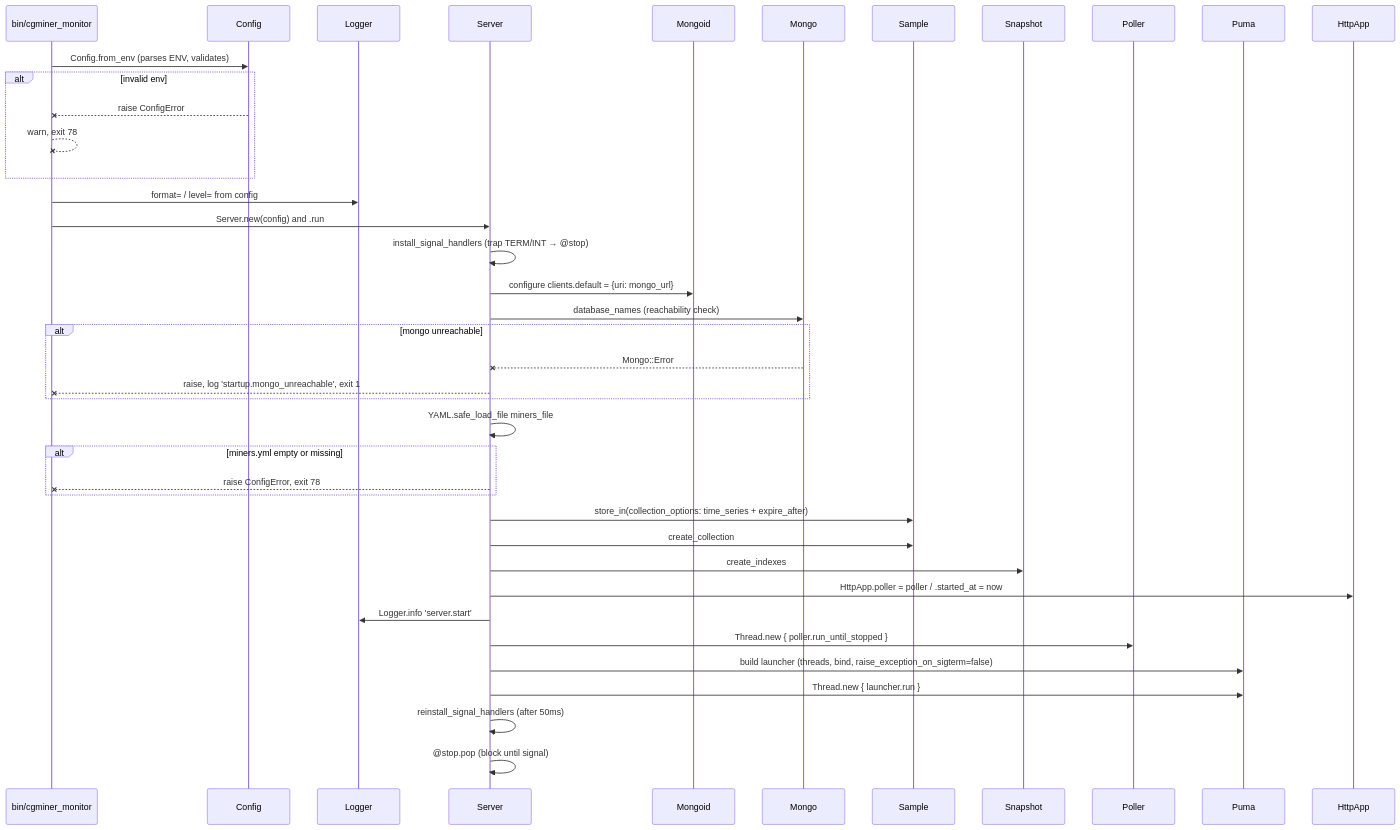
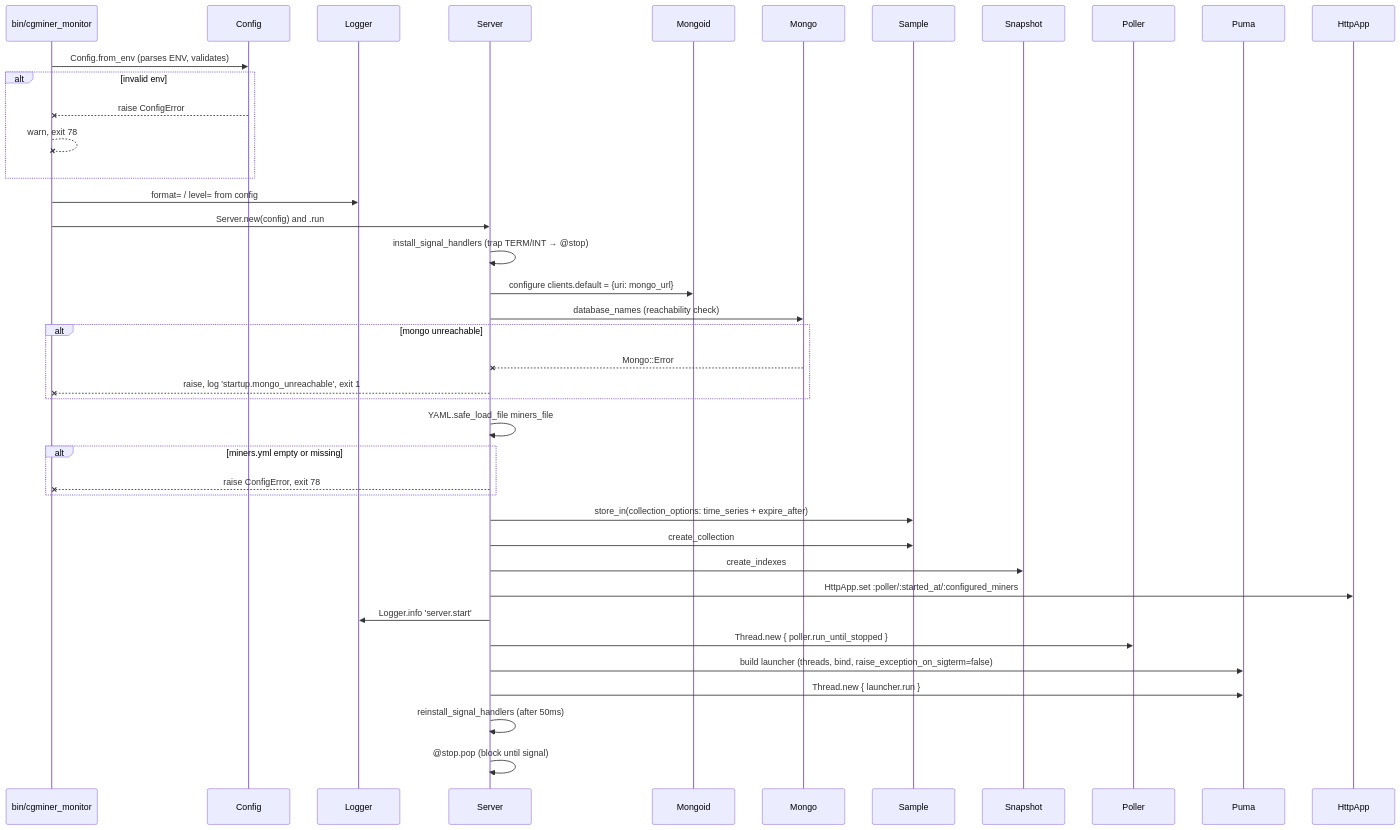
Before and after one commit to jramos/cgminer_monitor: the first of 5 diagrams in docs/workflows.md, drawn with Mermaid. The commit also changed 7 other files, not shown here.

````diff
--- a/docs/workflows.md
+++ b/docs/workflows.md
@@ -7,48 +7,48 @@
 ```mermaid
 sequenceDiagram
     participant CLI as bin/cgminer_monitor
     participant Config
     participant Logger
     participant Server
     participant Mongoid
     participant Mongo
     participant Sample
     participant Snapshot
     participant Poller
     participant Puma
     participant HttpApp
 
     CLI->>Config: Config.from_env (parses ENV, validates)
     alt invalid env
         Config--xCLI: raise ConfigError
         CLI--xCLI: warn, exit 78
     end
     CLI->>Logger: format= / level= from config
     CLI->>Server: Server.new(config) and .run
 
     Server->>Server: install_signal_handlers (trap TERM/INT → @stop)
     Server->>Mongoid: configure clients.default = {uri: mongo_url}
     Server->>Mongo: database_names (reachability check)
     alt mongo unreachable
         Mongo--xServer: Mongo::Error
         Server--xCLI: raise, log 'startup.mongo_unreachable', exit 1
     end
     Server->>Server: YAML.safe_load_file miners_file
     alt miners.yml empty or missing
         Server--xCLI: raise ConfigError, exit 78
     end
 
     Server->>Sample: store_in(collection_options: time_series + expire_after)
     Server->>Sample: create_collection
     Server->>Snapshot: create_indexes
 
-    Server->>HttpApp: HttpApp.poller = poller / .started_at = now
+    Server->>HttpApp: HttpApp.set :poller/:started_at/:configured_miners
     Server->>Logger: Logger.info 'server.start'
 
     Server->>Poller: Thread.new { poller.run_until_stopped }
     Server->>Puma: build launcher (threads, bind, raise_exception_on_sigterm=false)
     Server->>Puma: Thread.new { launcher.run }
     Server->>Server: reinstall_signal_handlers (after 50ms)
 
     Server->>Server: @stop.pop (block until signal)
 ```
````
